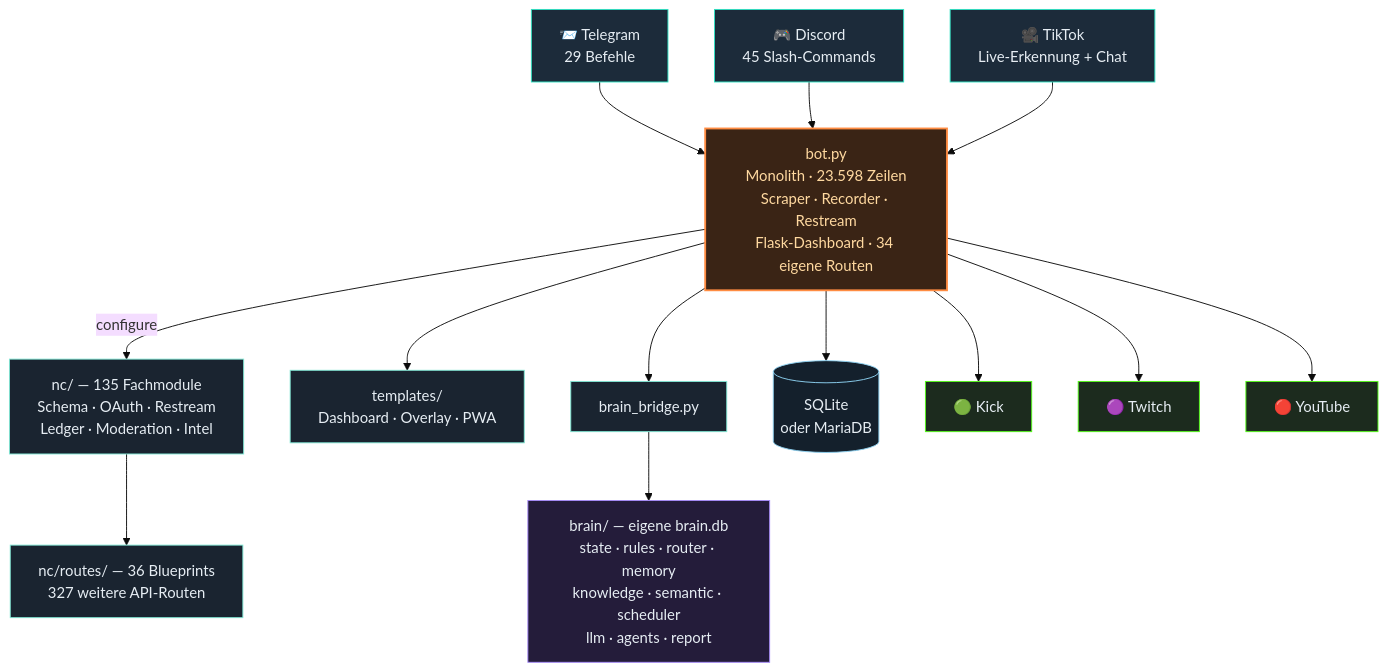
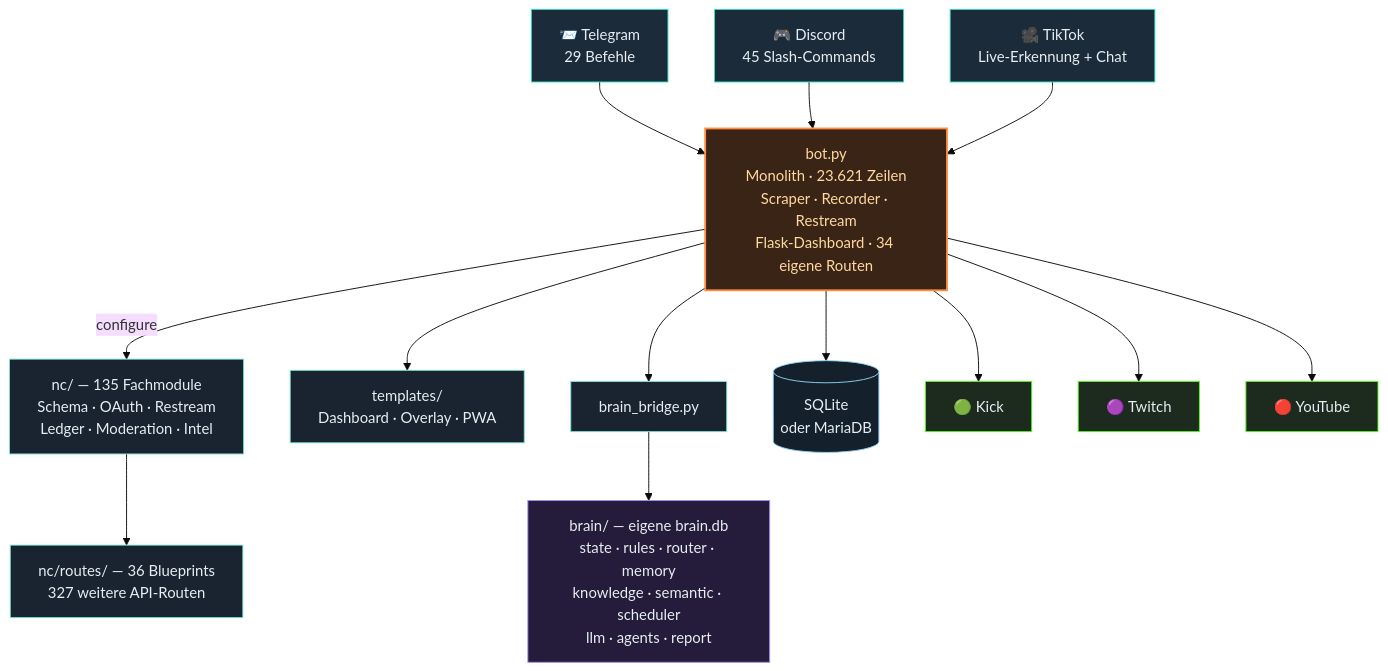
The third of 4 diagrams in README.md (itsamemedev/Telegram-Stream-Info-Bot), drawn with Mermaid (base theme) before and after one commit. The commit also changed other lines of this file and 8 other files, not shown here.

````diff
--- a/README.md
+++ b/README.md
@@ -189,30 +189,30 @@
 ```mermaid
 flowchart TB
     TG["📨 Telegram<br/>29 Befehle"]:::ein
     DC["🎮 Discord<br/>45 Slash-Commands"]:::ein
     TT["🎥 TikTok<br/>Live-Erkennung + Chat"]:::ein
 
     TG --> BOT
     DC --> BOT
     TT --> BOT
 
-    BOT["bot.py<br/>Monolith · 23.598 Zeilen<br/>Scraper · Recorder · Restream<br/>Flask-Dashboard · 34 eigene Routen"]:::core
+    BOT["bot.py<br/>Monolith · 23.621 Zeilen<br/>Scraper · Recorder · Restream<br/>Flask-Dashboard · 34 eigene Routen"]:::core
 
     BOT -->|configure| NC["nc/ — 135 Fachmodule<br/>Schema · OAuth · Restream<br/>Ledger · Moderation · Intel"]:::lib
     NC --> RT["nc/routes/ — 36 Blueprints<br/>327 weitere API-Routen"]:::lib
     BOT --> TPL["templates/<br/>Dashboard · Overlay · PWA"]:::lib
     BOT --> BR["brain_bridge.py"]:::lib
     BR --> BRAIN["brain/ — eigene brain.db<br/>state · rules · router · memory<br/>knowledge · semantic · scheduler<br/>llm · agents · report"]:::brain
     BOT --> DB[("SQLite<br/>oder MariaDB")]:::db
 
     BOT --> KICK["🟢 Kick"]:::out
     BOT --> TW["🟣 Twitch"]:::out
     BOT --> YT["🔴 YouTube"]:::out
 
     classDef ein fill:#1c2b3a,stroke:#2de1c2,color:#e6edf3
     classDef core fill:#3a2415,stroke:#ff8c42,stroke-width:2px,color:#ffd9a0
     classDef lib fill:#1a2430,stroke:#7fe7d4,color:#e6edf3
     classDef brain fill:#241c3a,stroke:#a78bfa,color:#e6edf3
     classDef db fill:#14202c,stroke:#8fd3f4,color:#e6edf3
     classDef out fill:#1c2b1e,stroke:#53fc18,color:#e6edf3
 ```
````
